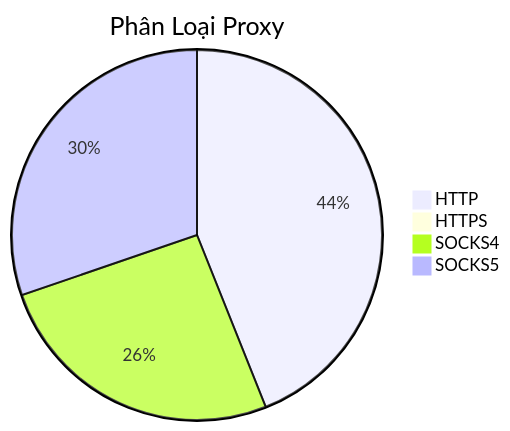
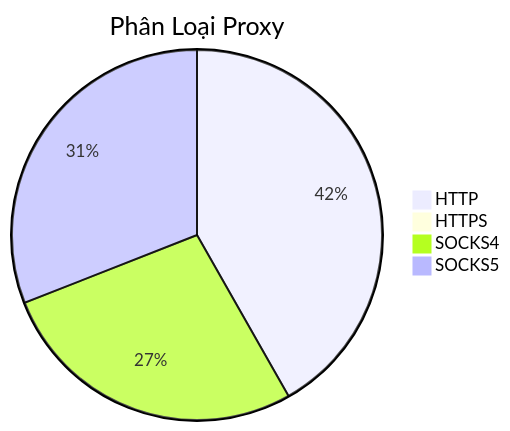
Before and after one commit to Ciara-12/PROXY-free: the diagram in README.md, drawn with Mermaid. The commit also changed other lines of this file and 4 other files, not shown here.

````diff
--- a/README.md
+++ b/README.md
@@ -26,7 +26,7 @@
 ```mermaid
 pie title Phân Loại Proxy
-    "HTTP" : 501
-    "HTTPS" : 1
-    "SOCKS4" : 294
-    "SOCKS5" : 345
+    "HTTP" : 452
+    "HTTPS" : 0
+    "SOCKS4" : 295
+    "SOCKS5" : 335
 ```
````
